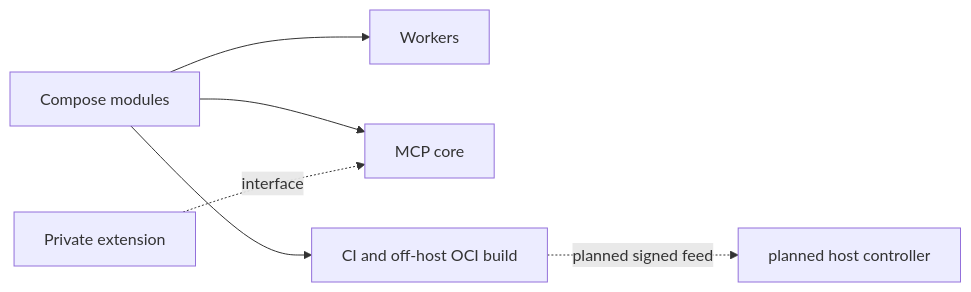
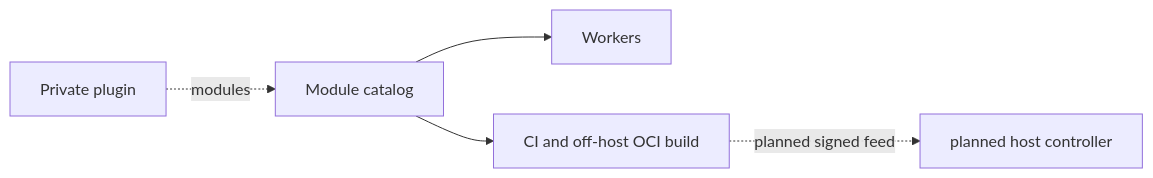
The diagram in README.md (jon-robbins/homelab), drawn with Mermaid before and after one commit. The commit also changed other lines of this file and 97 other files, not shown here.

First line of the commit message:
feat(modules): complete remaining catalog migration

````diff
--- a/README.md
+++ b/README.md
@@ -31,8 +31,7 @@
 ```mermaid
 flowchart LR
-  C[Compose modules] --> W[Workers]
-  C --> M[MCP core]
-  E[Private extension] -. interface .-> M
+  C[Module catalog] --> W[Workers]
+  E[Private plugin] -. modules .-> C
   C --> CI[CI and off-host OCI build]
   CI -. planned signed feed .-> H[planned host controller]
 ```
````
